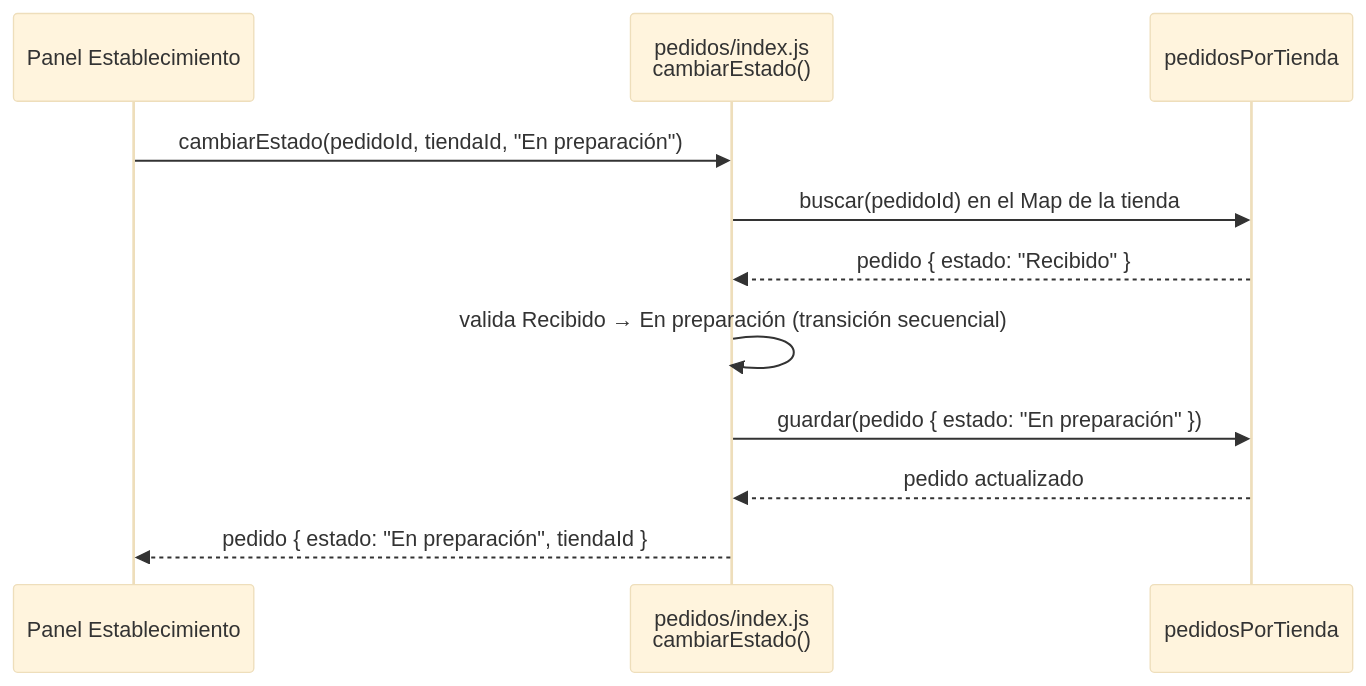
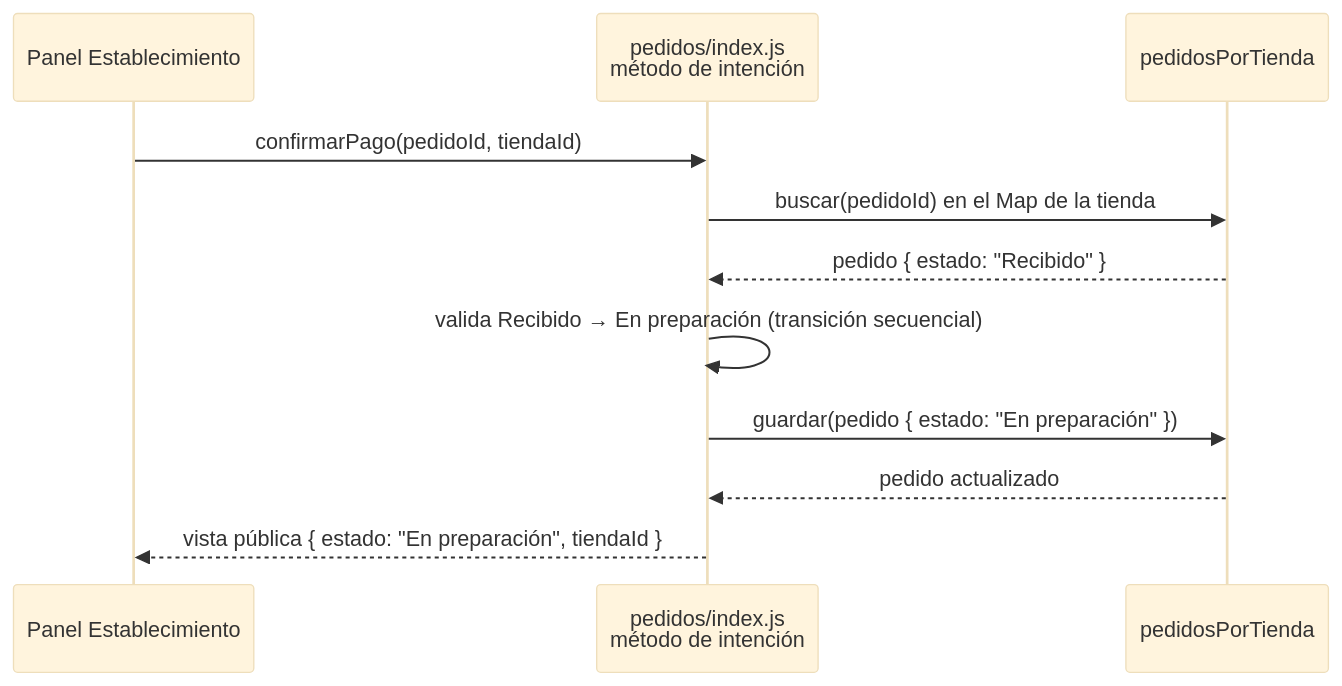
One commit to ISCOUTB/AS_202620_LaPlacita changed the fifth of 7 diagrams in docs/arc42/arc42-template-EN.md. Above: the diagram before and after it, drawn with Mermaid (base theme). The commit also changed other lines of this file and 4 other files, not shown here.

````diff
--- a/docs/arc42/arc42-template-EN.md
+++ b/docs/arc42/arc42-template-EN.md
@@ -328,14 +334,14 @@
 ```mermaid
 sequenceDiagram
     participant Panel as Panel Establecimiento
-    participant Svc as pedidos/index.js<br/>cambiarEstado()
+    participant Svc as pedidos/index.js<br/>método de intención
     participant Str as pedidosPorTienda
 
-    Panel->>Svc: cambiarEstado(pedidoId, tiendaId, "En preparación")
+    Panel->>Svc: confirmarPago(pedidoId, tiendaId)
     Svc->>Str: buscar(pedidoId) en el Map de la tienda
     Str-->>Svc: pedido { estado: "Recibido" }
     Svc->>Svc: valida Recibido → En preparación (transición secuencial)
     Svc->>Str: guardar(pedido { estado: "En preparación" })
     Str-->>Svc: pedido actualizado
-    Svc-->>Panel: pedido { estado: "En preparación", tiendaId }
+    Svc-->>Panel: vista pública { estado: "En preparación", tiendaId }
 ```
````
